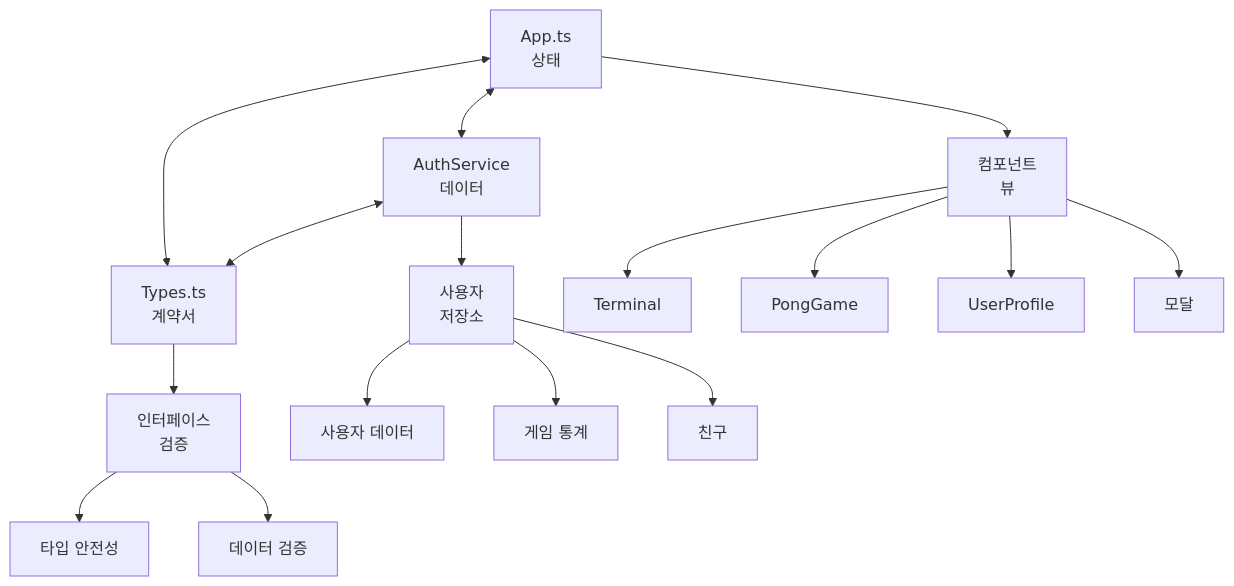
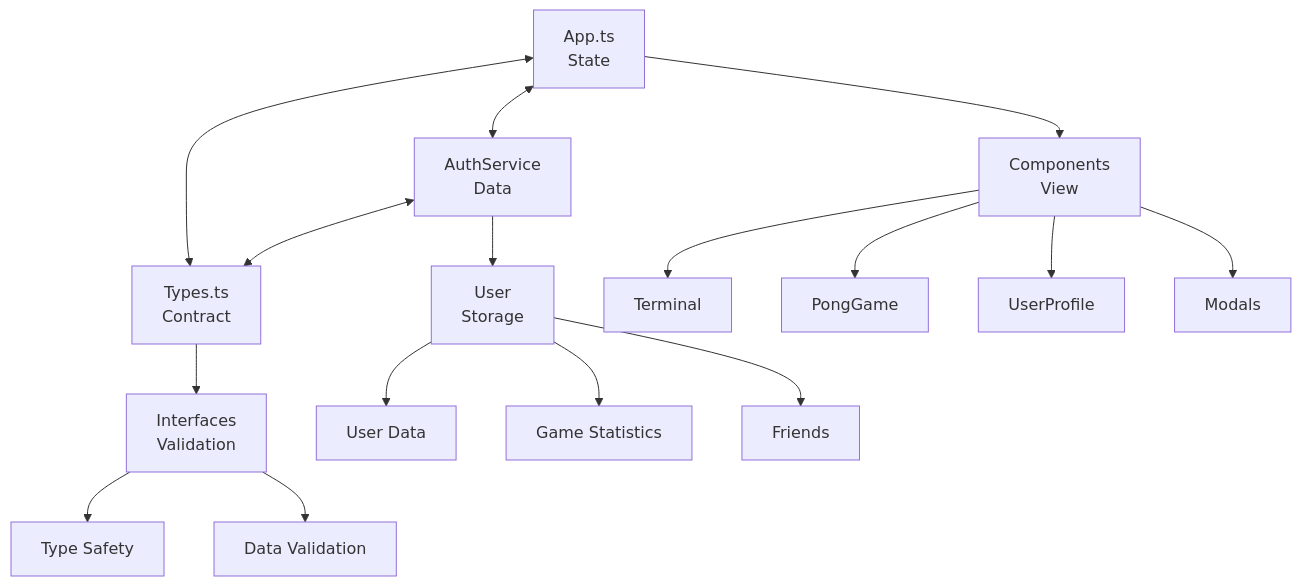
One commit to pong42-dev/ft_transcendence changed the third of 9 diagrams in docs/front-docs/codebase-structure-guide.md. Above: the diagram before and after it, drawn with Mermaid. The commit also changed other lines of this file and 5 other files, not shown here.

Commit message:
chore: Remove internationalization guide and update project overview and architecture documentation to reflect new project name, features, and architecture details for ft_transcendence.

````diff
--- a/docs/front-docs/codebase-structure-guide.md
+++ b/docs/front-docs/codebase-structure-guide.md
@@ -220,22 +297,22 @@
 ```mermaid
 graph TB
-    A[App.ts<br/>상태] <--> B[AuthService<br/>데이터]
-    A <--> C[Types.ts<br/>계약서]
+    A[App.ts<br/>State] <--> B[AuthService<br/>Data]
+    A <--> C[Types.ts<br/>Contract]
     B <--> C
     
-    A --> D[컴포넌트<br/>뷰]
-    B --> E[사용자<br/>저장소]
-    C --> F[인터페이스<br/>검증]
+    A --> D[Components<br/>View]
+    B --> E[User<br/>Storage]
+    C --> F[Interfaces<br/>Validation]
     
     D --> D1[Terminal]
     D --> D2[PongGame]
     D --> D3[UserProfile]
-    D --> D4[모달]
+    D --> D4[Modals]
     
-    E --> E1[사용자 데이터]
-    E --> E2[게임 통계]
-    E --> E3[친구]
+    E --> E1[User Data]
+    E --> E2[Game Statistics]
+    E --> E3[Friends]
     
-    F --> F1[타입 안전성]
-    F --> F2[데이터 검증]
+    F --> F1[Type Safety]
+    F --> F2[Data Validation]
 ```
````
